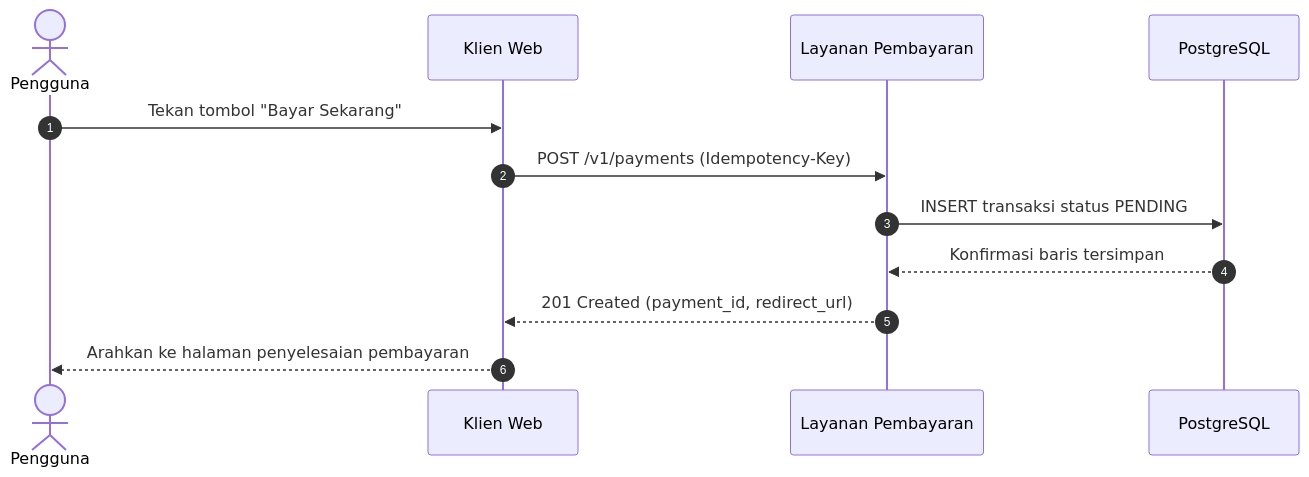
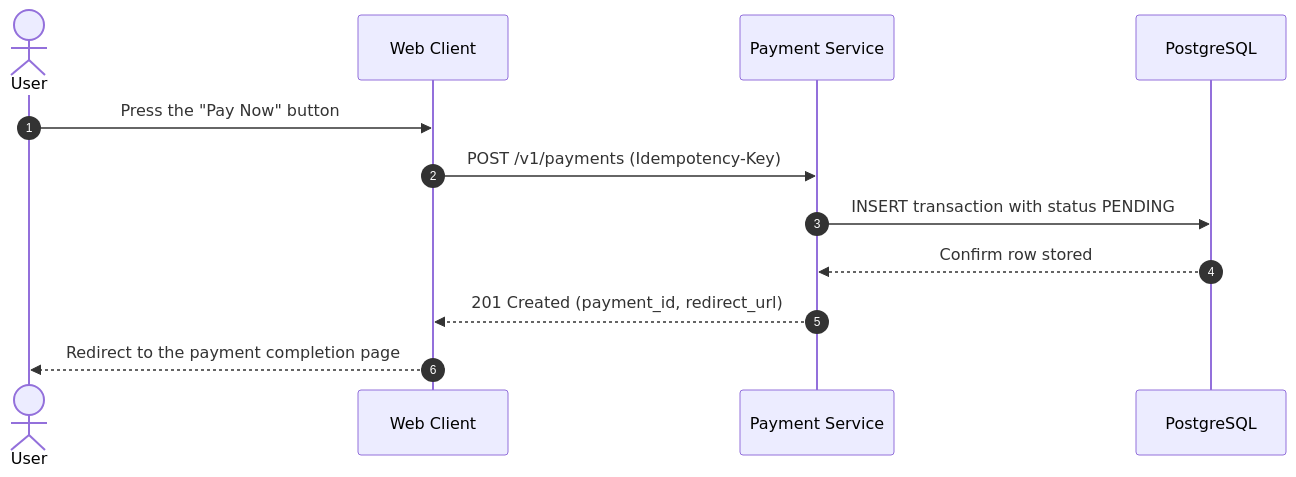
The third of 5 diagrams in skills/maxilun-diagrams/SKILL.md (giriedu/maxilun), drawn with Mermaid before and after one commit. The commit also changed other lines of this file and 207 other files, not shown here.

````diff
--- a/skills/maxilun-diagrams/SKILL.md
+++ b/skills/maxilun-diagrams/SKILL.md
@@ -104,15 +103,15 @@
 ```mermaid
 sequenceDiagram
     autonumber
-    actor Pengguna
-    participant Web as Klien Web
-    participant API as Layanan Pembayaran
+    actor User
+    participant Web as Web Client
+    participant API as Payment Service
     participant DB as PostgreSQL
 
-    Pengguna->>Web: Tekan tombol "Bayar Sekarang"
+    User->>Web: Press the "Pay Now" button
     Web->>API: POST /v1/payments (Idempotency-Key)
-    API->>DB: INSERT transaksi status PENDING
-    DB-->>API: Konfirmasi baris tersimpan
+    API->>DB: INSERT transaction with status PENDING
+    DB-->>API: Confirm row stored
     API-->>Web: 201 Created (payment_id, redirect_url)
-    Web-->>Pengguna: Arahkan ke halaman penyelesaian pembayaran
+    Web-->>User: Redirect to the payment completion page
 ```
````
